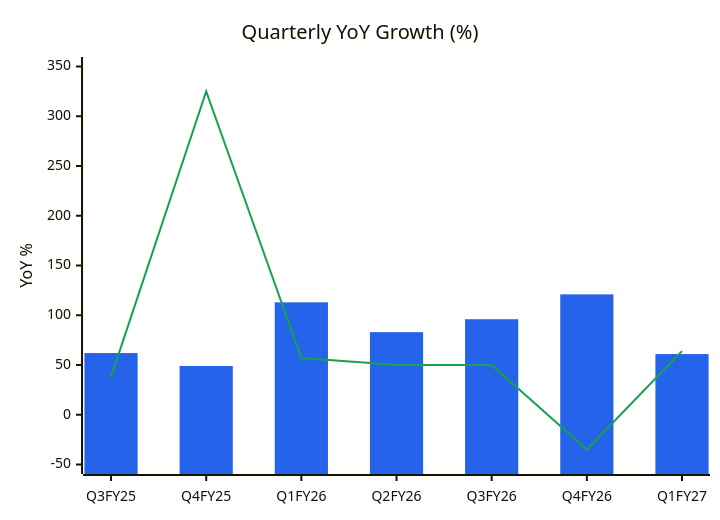
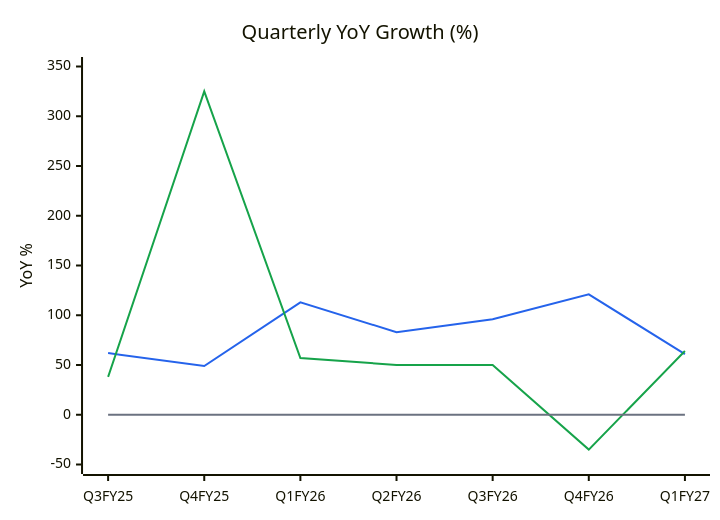
Before and after one commit to Anubhavsingh13/Stock-Analysis: the second of 11 diagrams in ARIHANT_ArihantFoundations_2026-10-09.md, drawn with Mermaid. The commit also changed other lines of this file and 4 other files, not shown here.

````diff
--- a/ARIHANT_ArihantFoundations_2026-10-09.md
+++ b/ARIHANT_ArihantFoundations_2026-10-09.md
@@ -66,9 +76,10 @@
 ```mermaid
-%%{init: {"themeVariables": {"xyChart": {"plotColorPalette": "#2563eb, #16a34a"}}}}%%
+%%{init: {"themeVariables": {"xyChart": {"plotColorPalette": "#2563eb, #16a34a, #6b7280"}}}}%%
 xychart-beta
     title "Quarterly YoY Growth (%)"
     x-axis [Q3FY25, Q4FY25, Q1FY26, Q2FY26, Q3FY26, Q4FY26, Q1FY27]
     y-axis "YoY %" -50 --> 350
-    bar [62, 49, 113, 83, 96, 121, 61]
+    line [62, 49, 113, 83, 96, 121, 61]
     line [38, 325, 57, 50, 50, -35, 64]
+    line [0, 0, 0, 0, 0, 0, 0]
 ```
````
